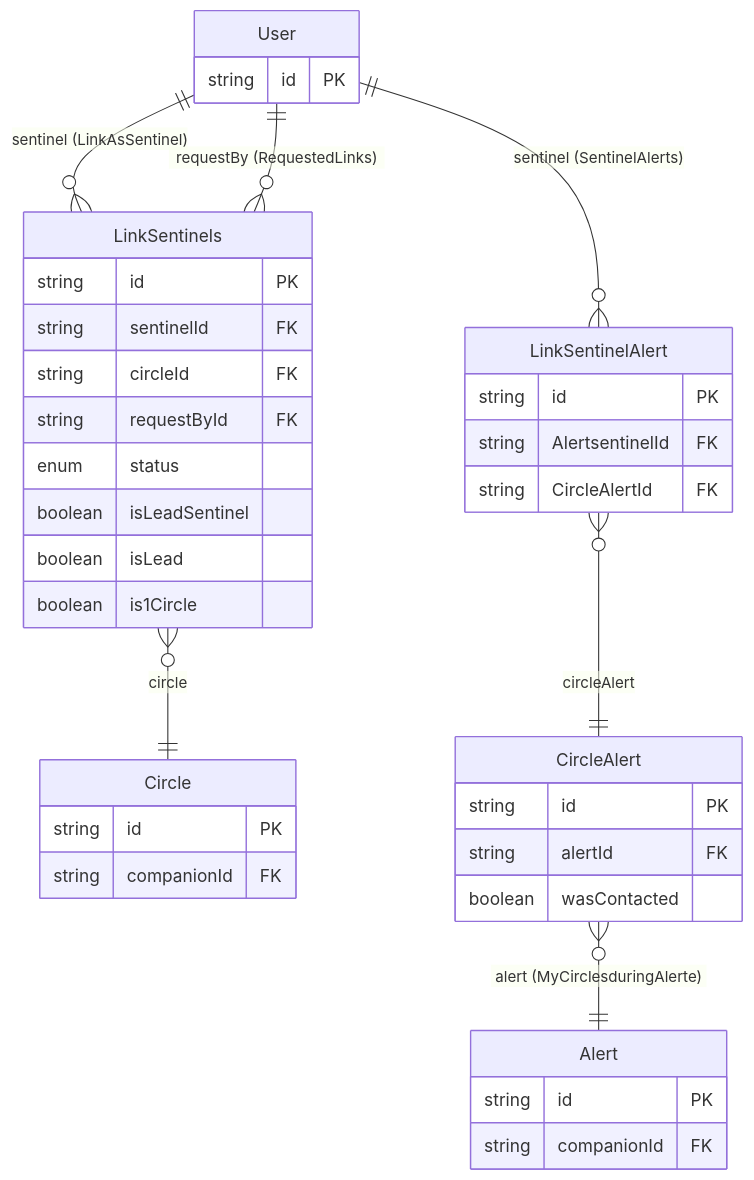
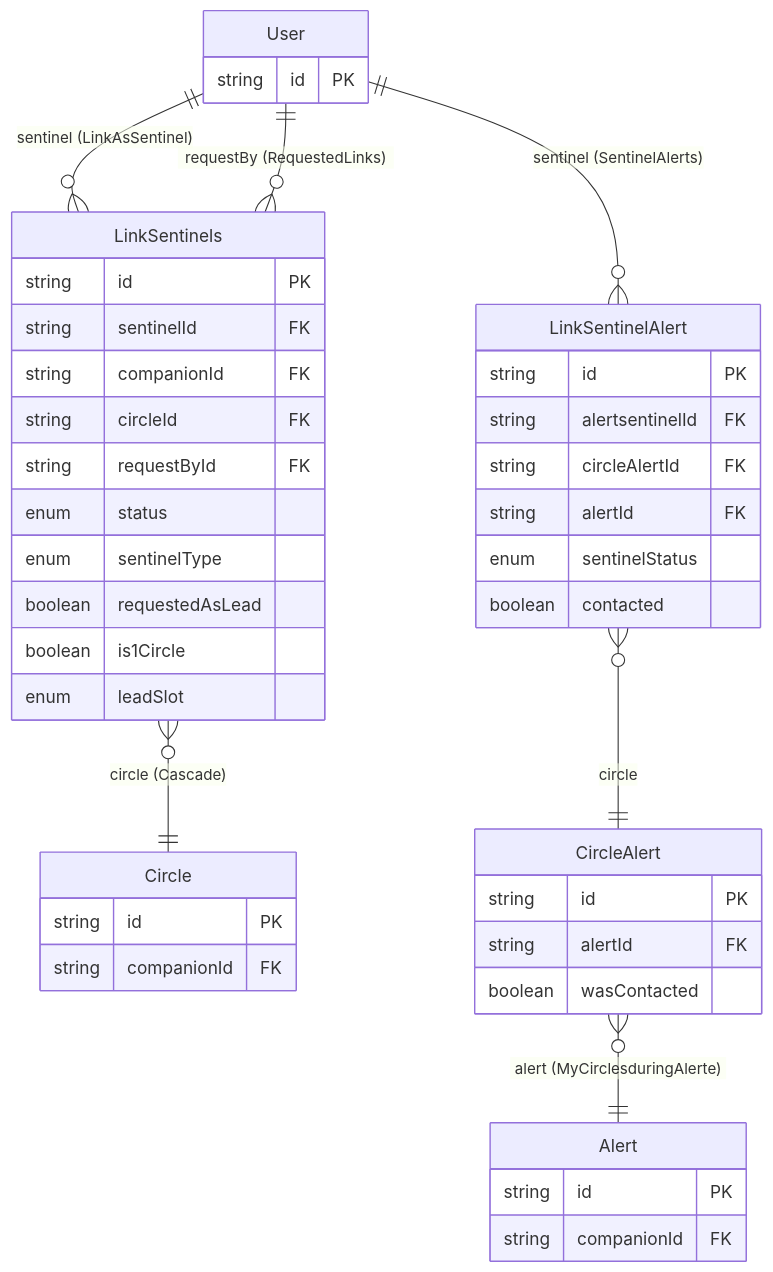
One commit to Sylvfo/MySentinelCircle changed the second of 3 diagrams in backend/prisma/DB_schéma.md. Above: the diagram before and after it, drawn with Mermaid. The commit also changed other lines of this file and 2 other files, not shown here.

````diff
--- a/backend/prisma/DB_schéma.md
+++ b/backend/prisma/DB_schéma.md
@@ -82,41 +102,46 @@
 ```mermaid
 erDiagram
   User               ||--o{ LinkSentinels     : "sentinel (LinkAsSentinel)"
   User               ||--o{ LinkSentinels     : "requestBy (RequestedLinks)"
-  LinkSentinels      }o--||  Circle           : "circle"
+  LinkSentinels      }o--||  Circle           : "circle (Cascade)"
   User               ||--o{ LinkSentinelAlert : "sentinel (SentinelAlerts)"
-  LinkSentinelAlert  }o--||  CircleAlert      : "circleAlert"
+  LinkSentinelAlert  }o--||  CircleAlert      : "circle"
   CircleAlert        }o--||  Alert            : "alert (MyCirclesduringAlerte)"
 
   User {
     string id PK
   }
   LinkSentinels {
     string id PK
     string sentinelId FK
+    string companionId FK
     string circleId FK
     string requestById FK
     enum   status
-    boolean isLeadSentinel
-    boolean isLead
+    enum   sentinelType
+    boolean requestedAsLead
     boolean is1Circle
+    enum   leadSlot
   }
   Circle {
     string id PK
     string companionId FK
   }
   LinkSentinelAlert {
     string id PK
-    string AlertsentinelId FK
-    string CircleAlertId FK
+    string alertsentinelId FK
+    string circleAlertId FK
+    string alertId FK
+    enum   sentinelStatus
+    boolean contacted
   }
   CircleAlert {
     string id PK
     string alertId FK
     boolean wasContacted
   }
   Alert {
     string id PK
     string companionId FK
   }
 ```
````
